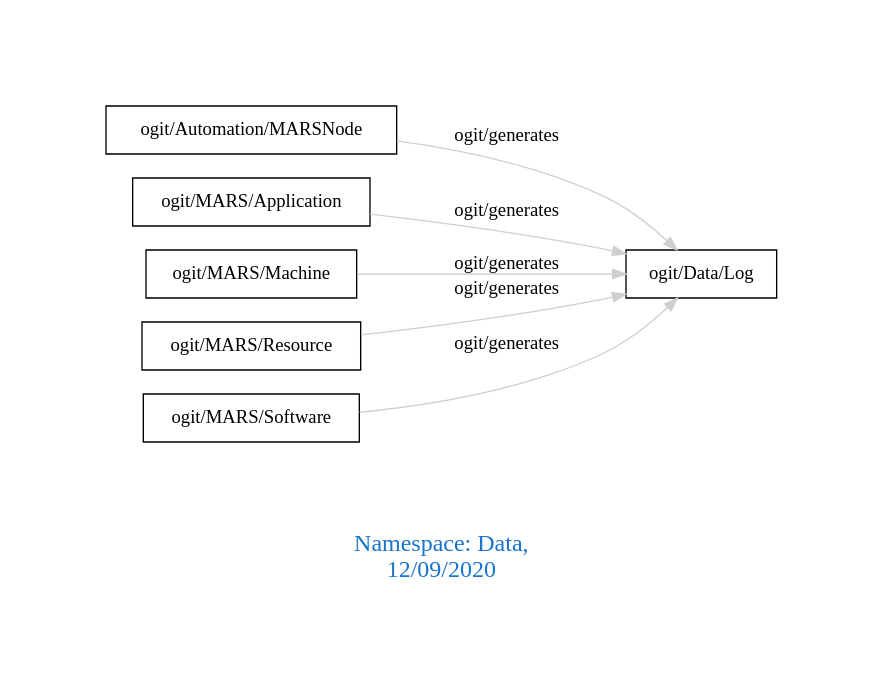
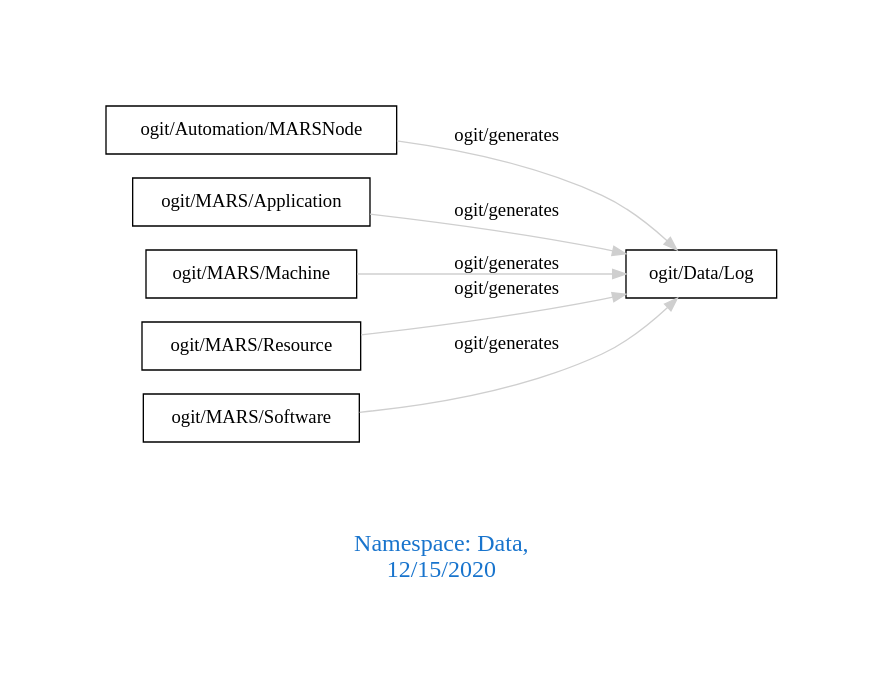
Before and after one commit to arago/OGIT: the diagram in downloads/Data.dot, drawn with Graphviz. The commit also changed 1860 other files, not shown here.

```diff
--- a/downloads/Data.dot
+++ b/downloads/Data.dot
@@ -1,13 +1,13 @@
 digraph OGIT_ontology {
  graph [ rankdir= LR,pad=1 
 fontsize = 18,
-fontcolor= dodgerblue3,label = "\n\n\nNamespace: Data, \n 12/09/2020"];
+fontcolor= dodgerblue3,label = "\n\n\nNamespace: Data, \n 12/15/2020"];
 node[shape=polygon];
 edge [  color="gray81"];
 
    "ogit/Automation/MARSNode" -> "ogit/Data/Log" [label="   ogit/generates    "];
    "ogit/MARS/Application" -> "ogit/Data/Log" [label="   ogit/generates    "];
    "ogit/MARS/Machine" -> "ogit/Data/Log" [label="   ogit/generates    "];
    "ogit/MARS/Resource" -> "ogit/Data/Log" [label="   ogit/generates    "];
    "ogit/MARS/Software" -> "ogit/Data/Log" [label="   ogit/generates    "];
 }
```
